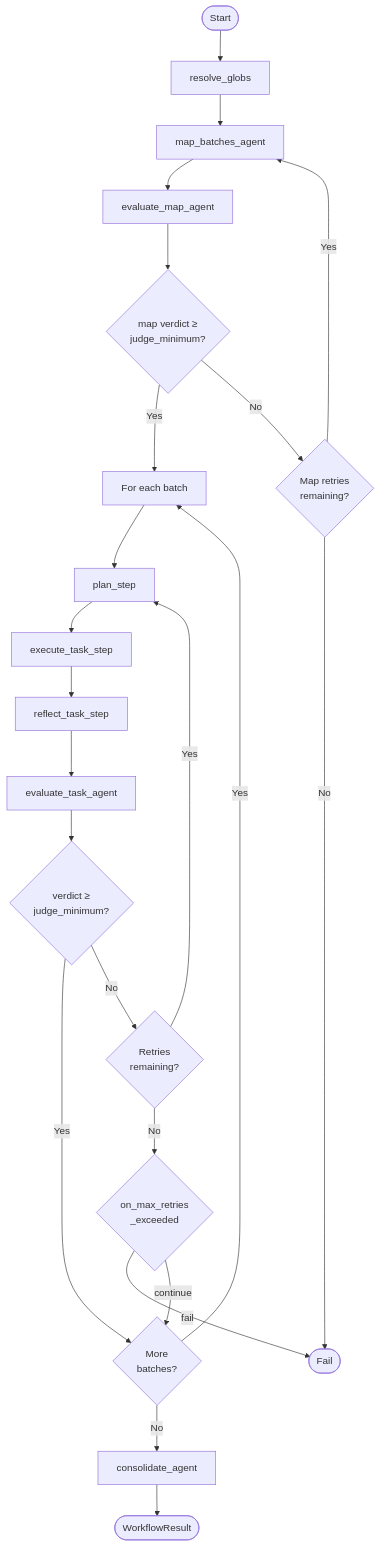
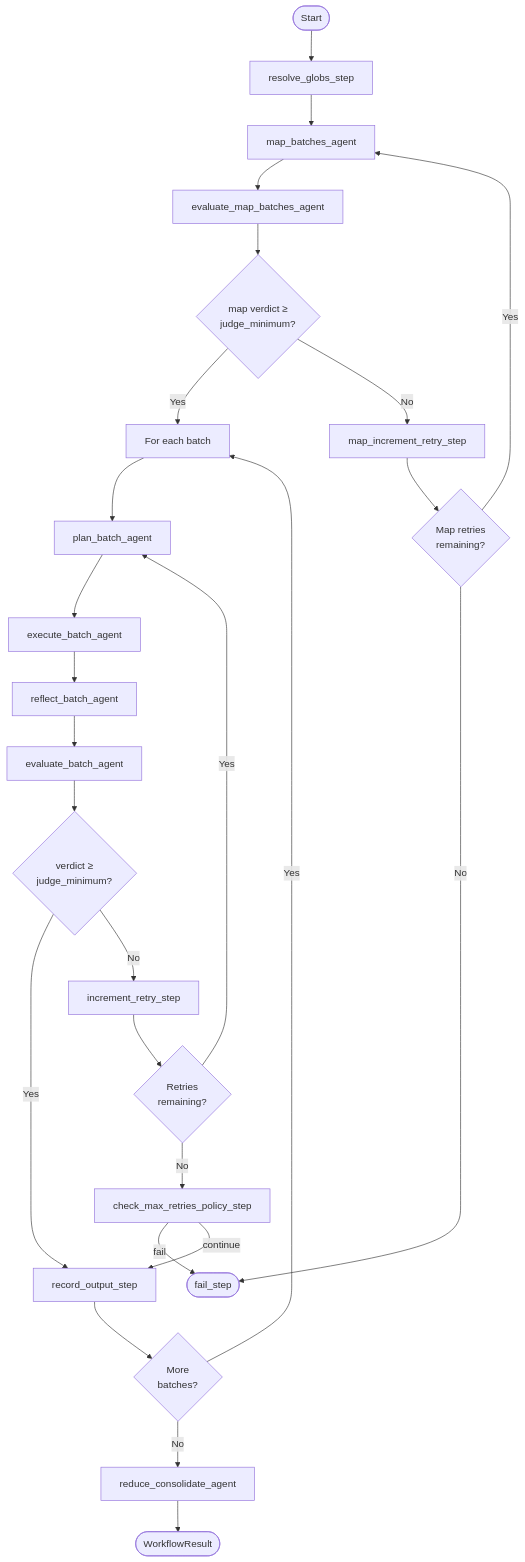
The diagram in README.md (flaviostutz/deepworkflow), drawn with Mermaid before and after one commit. The commit also changed other lines of this file and 38 other files, not shown here.

````diff
--- a/README.md
+++ b/README.md
@@ -41,25 +39,28 @@
 ```mermaid
 flowchart TD
-    Start([Start]) --> ResolveGlobs[resolve_globs]
+    Start([Start]) --> ResolveGlobs[resolve_globs_step]
     ResolveGlobs --> MapBatches[map_batches_agent]
-    MapBatches --> EvalMap[evaluate_map_agent]
+    MapBatches --> EvalMap[evaluate_map_batches_agent]
     EvalMap --> MapOK{map verdict ≥\njudge_minimum?}
     MapOK -- Yes --> BatchLoop[For each batch]
-    MapOK -- No --> MapRetries{Map retries\nremaining?}
+    MapOK -- No --> MapIncrementRetry[map_increment_retry_step]
+    MapIncrementRetry --> MapRetries{Map retries\nremaining?}
     MapRetries -- Yes --> MapBatches
-    MapRetries -- No --> Fail([Fail])
-    BatchLoop --> Plan[plan_step]
-    Plan --> Execute[execute_task_step]
-    Execute --> Reflect[reflect_task_step]
-    Reflect --> Evaluate[evaluate_task_agent]
+    MapRetries -- No --> Fail([fail_step])
+    BatchLoop --> Plan[plan_batch_agent]
+    Plan --> Execute[execute_batch_agent]
+    Execute --> Reflect[reflect_batch_agent]
+    Reflect --> Evaluate[evaluate_batch_agent]
     Evaluate --> VerdictCheck{verdict ≥\njudge_minimum?}
-    VerdictCheck -- Yes --> NextBatch{More\nbatches?}
-    VerdictCheck -- No --> RetriesLeft{Retries\nremaining?}
+    VerdictCheck -- Yes --> RecordOutput[record_output_step]
+    VerdictCheck -- No --> IncrementRetry[increment_retry_step]
+    IncrementRetry --> RetriesLeft{Retries\nremaining?}
     RetriesLeft -- Yes --> Plan
-    RetriesLeft -- No --> MaxRetryPolicy{on_max_retries\n_exceeded}
+    RetriesLeft -- No --> MaxRetryPolicy[check_max_retries_policy_step]
     MaxRetryPolicy -- fail --> Fail
-    MaxRetryPolicy -- continue --> NextBatch
+    MaxRetryPolicy -- continue --> RecordOutput
+    RecordOutput --> NextBatch{More\nbatches?}
     NextBatch -- Yes --> BatchLoop
-    NextBatch -- No --> Consolidate[consolidate_agent]
+    NextBatch -- No --> Consolidate[reduce_consolidate_agent]
     Consolidate --> Output([WorkflowResult])
 ```
````
